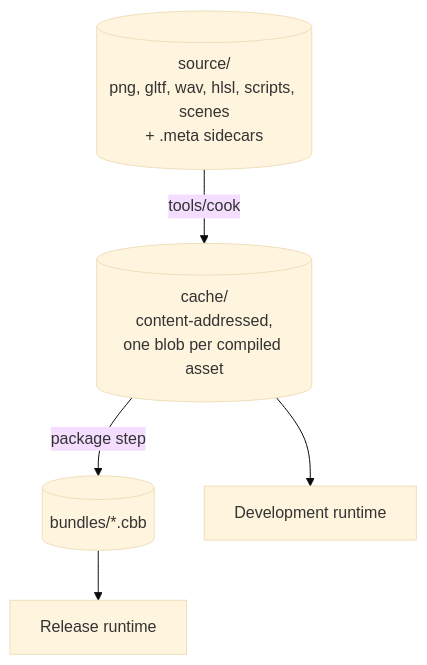
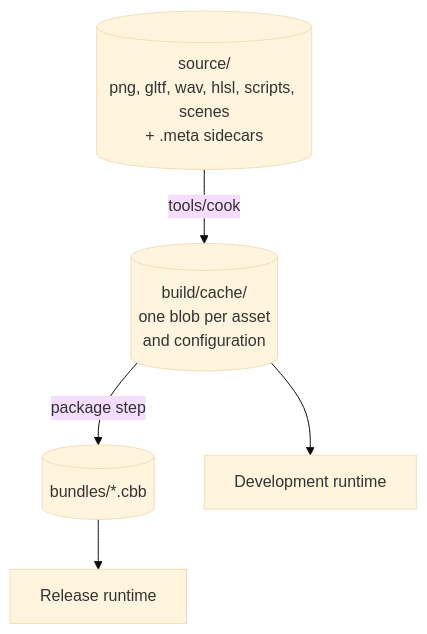
The third of 3 diagrams in docs/architecture.md (aszecsei/cinnabar), drawn with Mermaid (base theme) before and after one commit. The commit also changed other lines of this file and 27 other files, not shown here.

````diff
--- a/docs/architecture.md
+++ b/docs/architecture.md
@@ -174,13 +175,13 @@
 ```mermaid
 flowchart TB
     SOURCE[("source/<br/>png, gltf, wav, hlsl, scripts, scenes<br/>+ .meta sidecars")]
-    CACHE[("cache/<br/>content-addressed,<br/>one blob per compiled asset")]
+    CACHE[("build/cache/<br/>one blob per asset<br/>and configuration")]
     BUNDLES[("bundles/*.cbb")]
     DEVRT["Development runtime"]
     RELRT["Release runtime"]
 
     SOURCE -->|"tools/cook"| CACHE
     CACHE -->|"package step"| BUNDLES
     CACHE --> DEVRT
     BUNDLES --> RELRT
 ```
````
